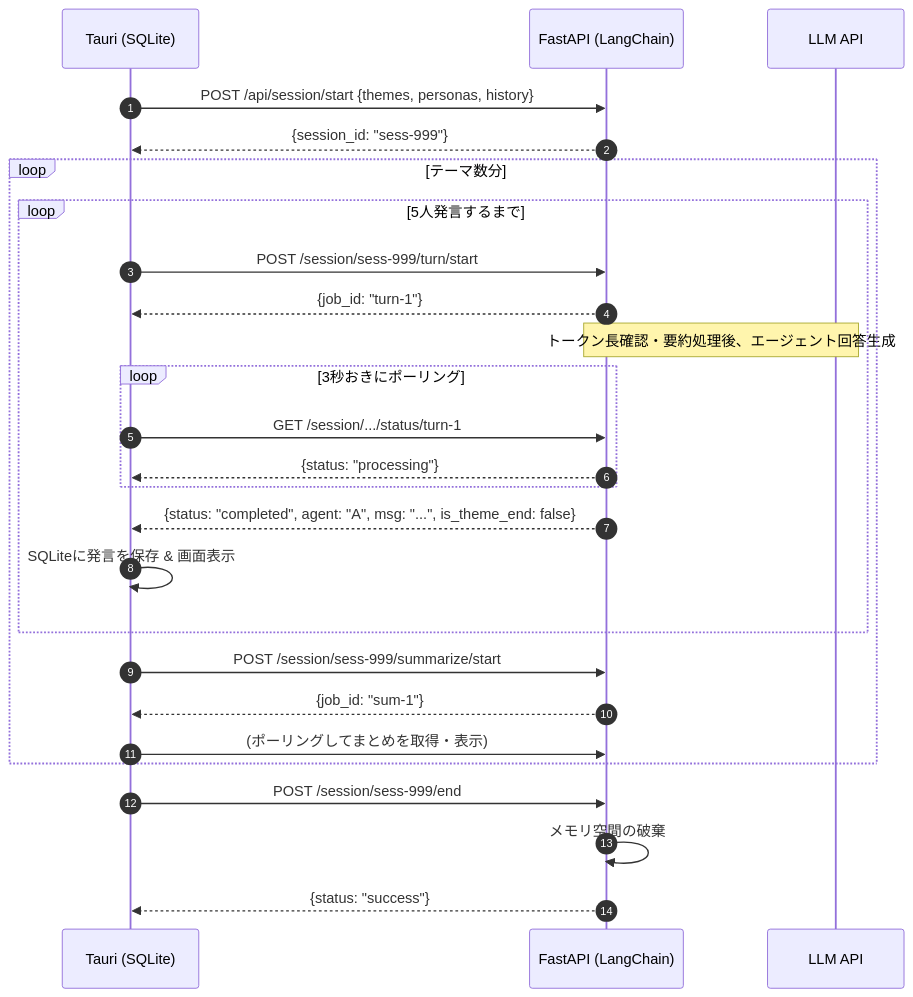
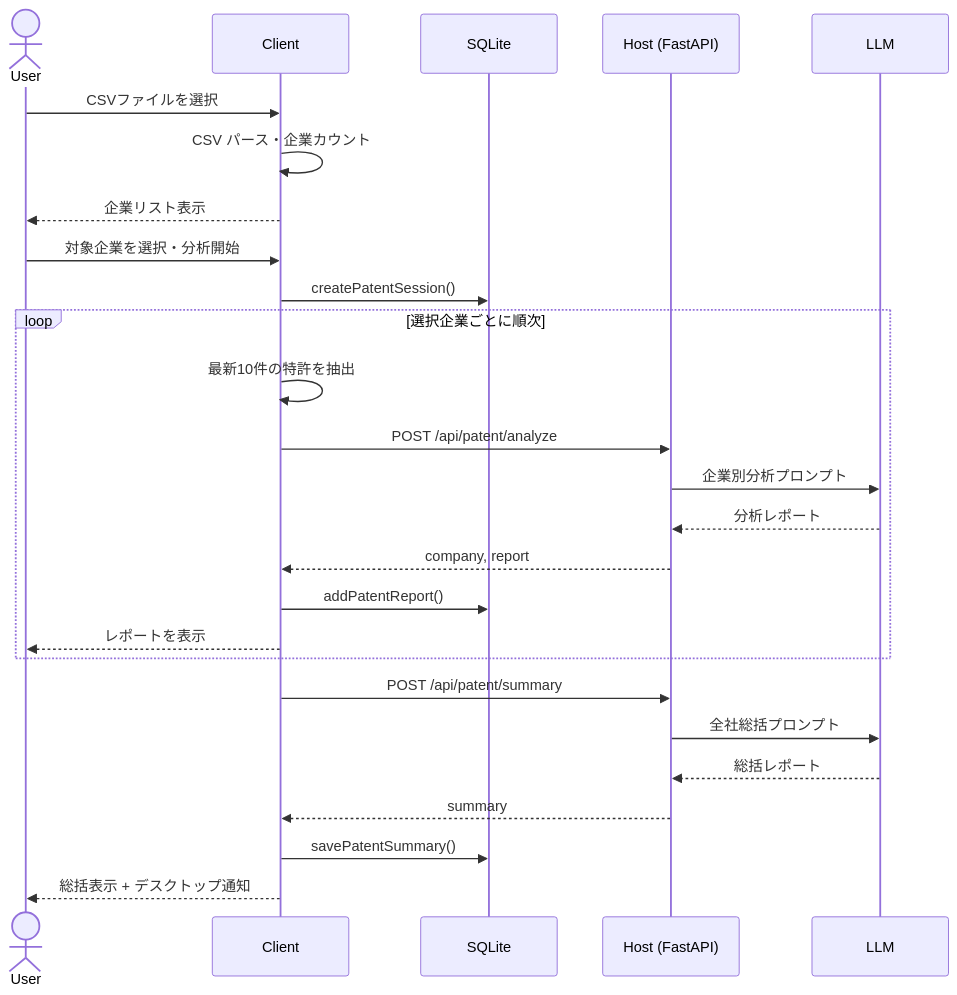
The second of 3 diagrams in docs/spec.md (ctenopoma/bsapp), drawn with Mermaid before and after one commit. The commit also changed other lines of this file and 15 other files, not shown here.

````diff
--- a/docs/spec.md
+++ b/docs/spec.md
@@ -87,35 +371,32 @@
 ```mermaid
 sequenceDiagram
-    autonumber
-    participant Tauri as Tauri (SQLite)
-    participant FastAPI as FastAPI (LangChain)
-    participant LLM as LLM API
+    actor User
+    participant Client
+    participant SQLite
+    participant Host as Host (FastAPI)
+    participant LLM
 
-    Tauri->>FastAPI: POST /api/session/start {themes, personas, history}
-    FastAPI-->>Tauri: {session_id: "sess-999"}
+    User->>Client: CSVファイルを選択
+    Client->>Client: CSV パース・企業カウント
+    Client-->>User: 企業リスト表示
 
-    loop テーマ数分
-        loop 5人発言するまで
-            Tauri->>FastAPI: POST /session/sess-999/turn/start
-            FastAPI-->>Tauri: {job_id: "turn-1"}
-            Note over FastAPI, LLM: トークン長確認・要約処理後、エージェント回答生成
-            
-            loop 3秒おきにポーリング
-                Tauri->>FastAPI: GET /session/.../status/turn-1
-                FastAPI-->>Tauri: {status: "processing"}
-            end
-            
-            FastAPI-->>Tauri: {status: "completed", agent: "A", msg: "...", is_theme_end: false}
-            Tauri->>Tauri: SQLiteに発言を保存 & 画面表示
-        end
-        
-        Tauri->>FastAPI: POST /session/sess-999/summarize/start
-        FastAPI-->>Tauri: {job_id: "sum-1"}
-        Tauri->>FastAPI: (ポーリングしてまとめを取得・表示)
+    User->>Client: 対象企業を選択・分析開始
+    Client->>SQLite: createPatentSession()
+
+    loop 選択企業ごとに順次
+        Client->>Client: 最新10件の特許を抽出
+        Client->>Host: POST /api/patent/analyze
+        Host->>LLM: 企業別分析プロンプト
+        LLM-->>Host: 分析レポート
+        Host-->>Client: company, report
+        Client->>SQLite: addPatentReport()
+        Client-->>User: レポートを表示
     end
 
-    Tauri->>FastAPI: POST /session/sess-999/end
-    FastAPI->>FastAPI: メモリ空間の破棄
-    FastAPI-->>Tauri: {status: "success"}
-
+    Client->>Host: POST /api/patent/summary
+    Host->>LLM: 全社総括プロンプト
+    LLM-->>Host: 総括レポート
+    Host-->>Client: summary
+    Client->>SQLite: savePatentSummary()
+    Client-->>User: 総括表示 + デスクトップ通知
 ```
````
